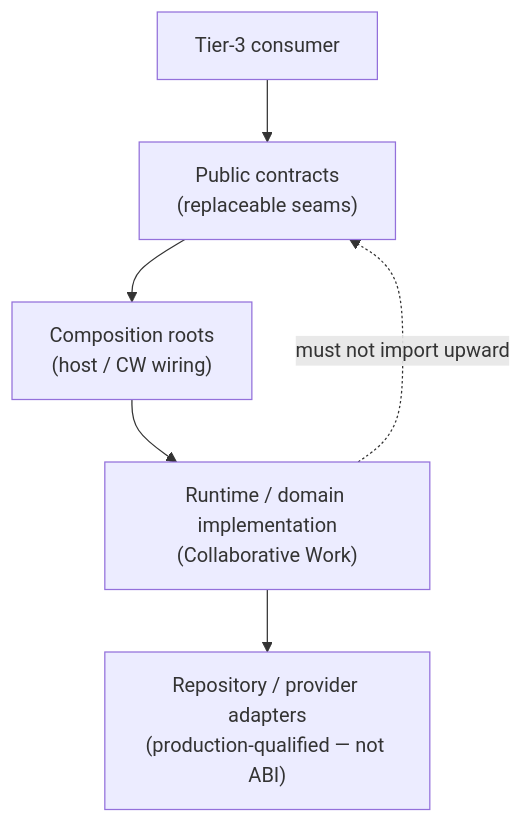
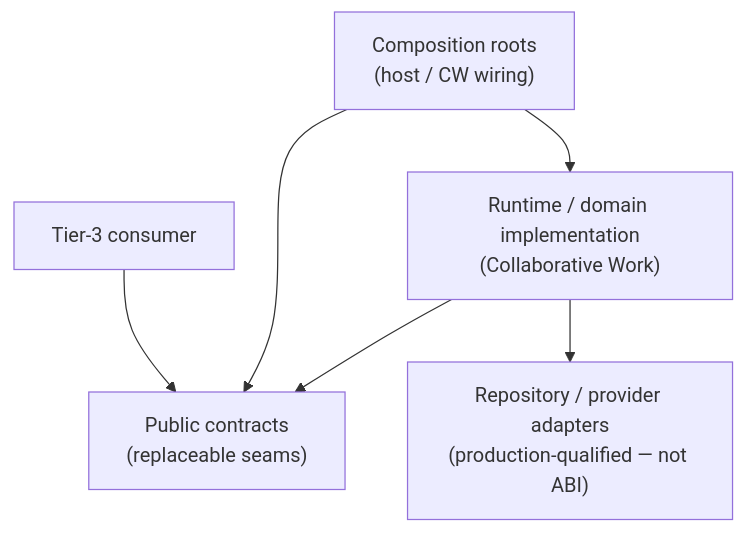
One commit to jakbuczarnecki/intergrax changed the second of 8 diagrams in docs/project/capabilities/architecture/MULTIPLAYER_AI.md. Above: the diagram before and after it, drawn with Mermaid. The commit also changed other lines of this file and 4 other files, not shown here.

First line of the commit message:
docs(multiplayer): correct composition flow and evidence provenance

````diff
--- a/docs/project/capabilities/architecture/MULTIPLAYER_AI.md
+++ b/docs/project/capabilities/architecture/MULTIPLAYER_AI.md
@@ -165,11 +165,13 @@
 ```mermaid
 flowchart TB
   CONS["Tier-3 consumer"]
   PUB["Public contracts<br/>(replaceable seams)"]
   COMP2["Composition roots<br/>(host / CW wiring)"]
   DOM["Runtime / domain implementation<br/>(Collaborative Work)"]
   REPO["Repository / provider adapters<br/>(production-qualified — not ABI)"]
 
-  CONS --> PUB --> COMP2 --> DOM --> REPO
-  DOM -.->|must not import upward| PUB
+  CONS --> PUB
+  COMP2 --> PUB
+  DOM --> PUB
+  COMP2 --> DOM --> REPO
 ```
````
